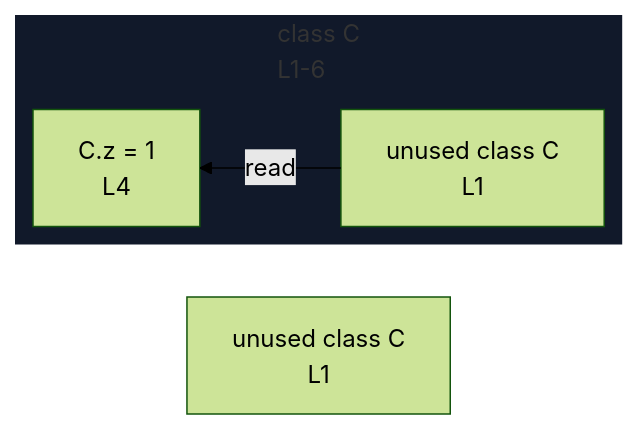
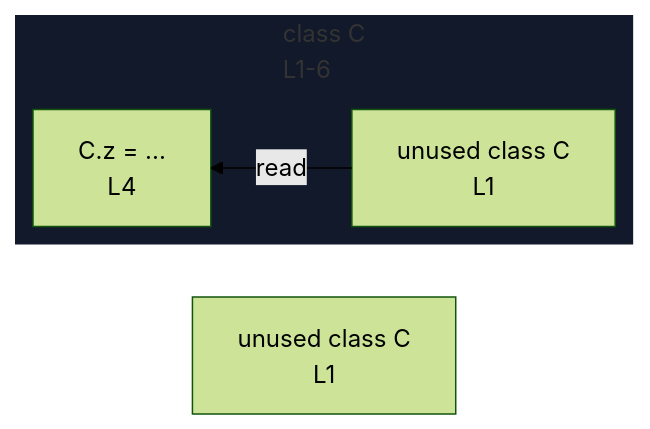
Before and after one commit to crescware/unsnarl: the diagram in integration/fixtures/app-behavior/ast-type-coverage/static-block/preview.md, drawn with Mermaid (forest theme). The commit also changed 73 other files, not shown here.

````diff
--- a/integration/fixtures/app-behavior/ast-type-coverage/static-block/preview.md
+++ b/integration/fixtures/app-behavior/ast-type-coverage/static-block/preview.md
@@ -16,13 +16,13 @@
 ```mermaid
 %%{init: {"flowchart": {"defaultRenderer": "elk"}}}%%
 flowchart RL
   n_scope_0_C_6["unused class C<br/>L1"]
   subgraph s_scope_1["class C<br/>L1-6"]
     direction RL
     n_scope_1_C_6["unused class C<br/>L1"]
-    expr_stmt_41["C.z = 1<br/>L4"]
+    expr_stmt_41["C.z = ...<br/>L4"]
   end
   n_scope_1_C_6 -->|read| expr_stmt_41
   classDef nestL1 fill:#11192a,stroke:transparent;
   class s_scope_1 nestL1;
 ```
````
